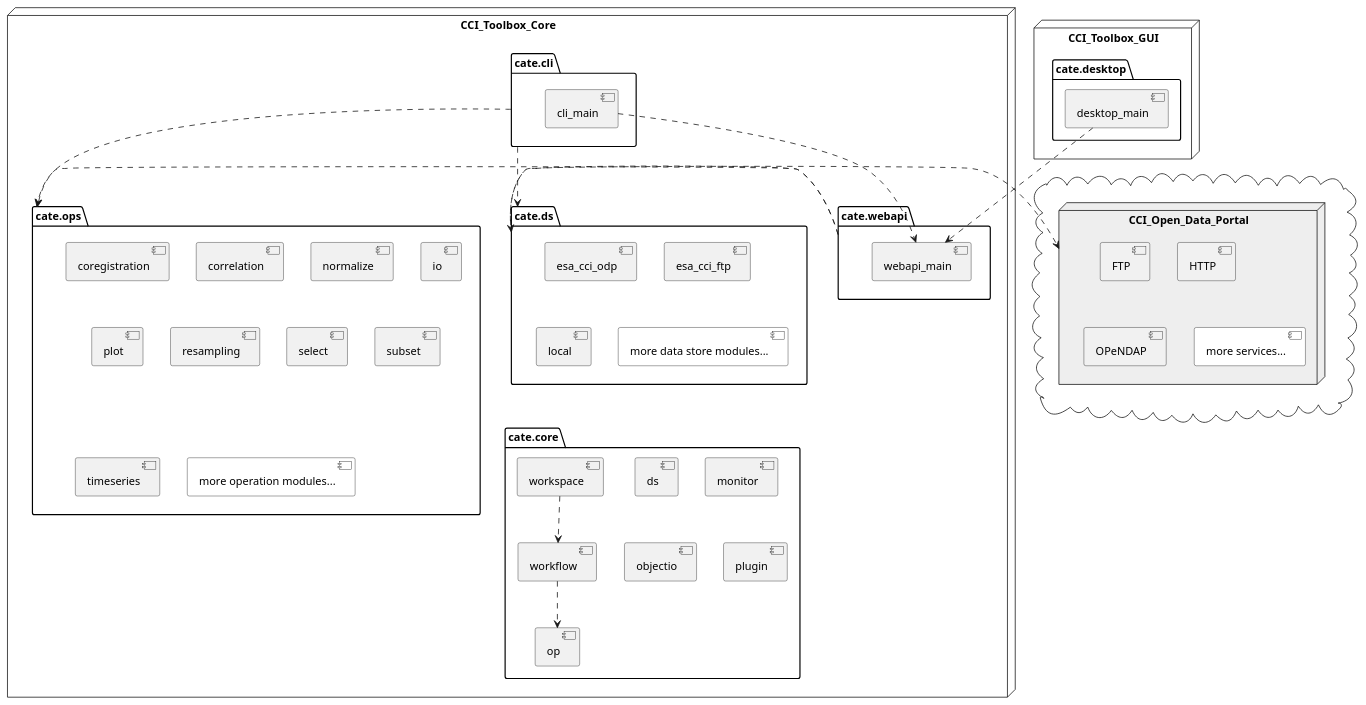
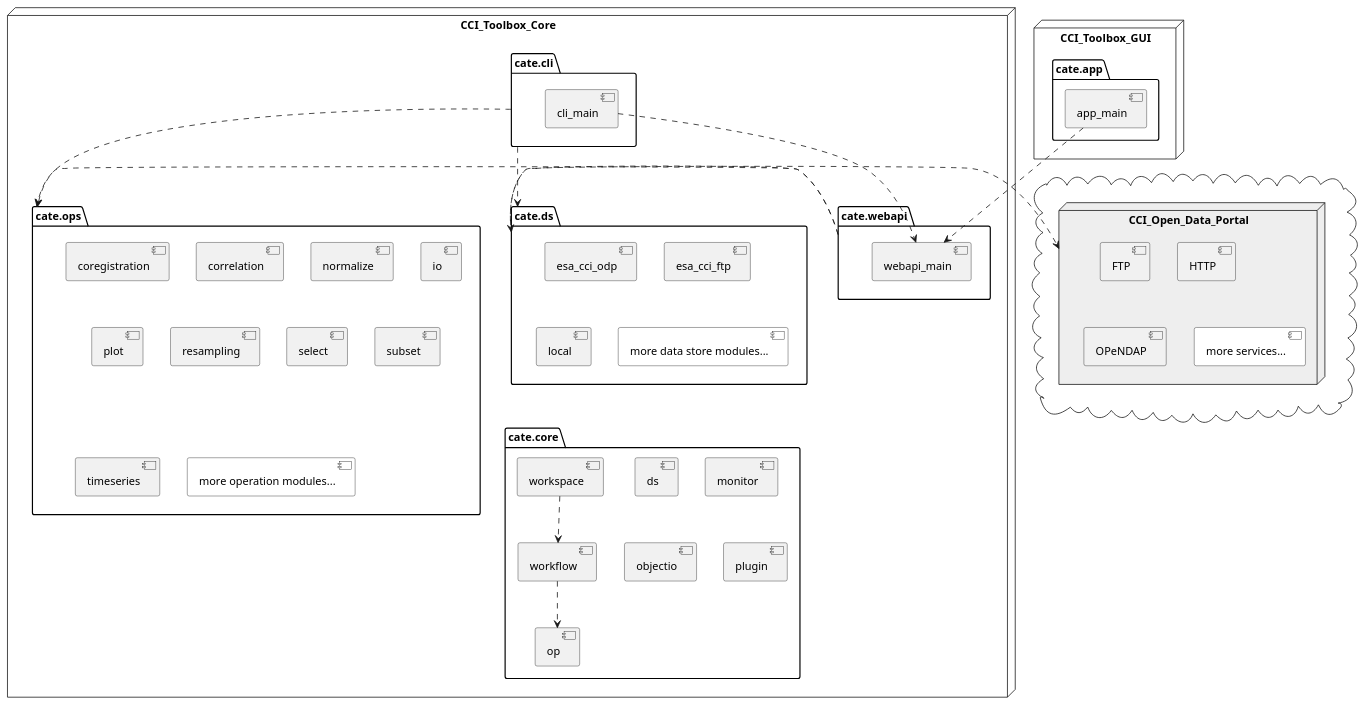
The diagram in docs/source/uml/modules.puml (CCI-Tools/cate), drawn with PlantUML before and after one commit. The commit also changed 13 other files, not shown here.

Commit message:
Get rid of refs to Cate Desktop

```diff
--- a/docs/source/uml/modules.puml
+++ b/docs/source/uml/modules.puml
@@ -1,72 +1,72 @@
 @startuml
 
 
 node "CCI_Toolbox_Core" {
     package "cate.ds" {
         [esa_cci_odp]
         [esa_cci_ftp]
         [local]
         [more data store modules...] #white
     }
 
     package cate.ops {
         [coregistration]
         [correlation]
         [normalize]
         [io]
         [plot]
         [resampling]
         [select]
         [subset]
         [timeseries]
         [more operation modules...] #white
     }
 
     package "cate.core" {
         [ds]
         [monitor]
         [objectio]
         [op]
         [plugin]
         [workflow]
         [workspace]
     }
 
     package "cate.cli" {
         [cli_main]
     }
 
     package "cate.webapi" {
         [webapi_main]
     }
 }
 
 node "CCI_Toolbox_GUI" {
-    package "cate.desktop" {
-        [desktop_main]
+    package "cate.app" {
+        [app_main]
     }
 }
 
 cloud {
 node "CCI_Open_Data_Portal" #eeeeee {
     [FTP]
     [HTTP]
     [OPeNDAP]
     [more services...] #white
 }
 }
 
 [cli_main] ..> [webapi_main]
-[desktop_main] ..> [webapi_main]
+[app_main] ..> [webapi_main]
 
 [workspace] ..> [workflow]
 [workflow] ..> [op]
 
 cate.cli .r.> cate.ops
 cate.cli .r.> cate.ds
 cate.webapi .r.> cate.ops
 cate.webapi .r.> cate.ds
 cate.ds .r.> CCI_Open_Data_Portal
 
 
 @enduml
```
